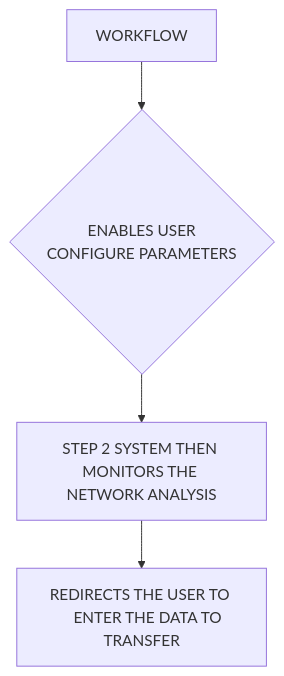
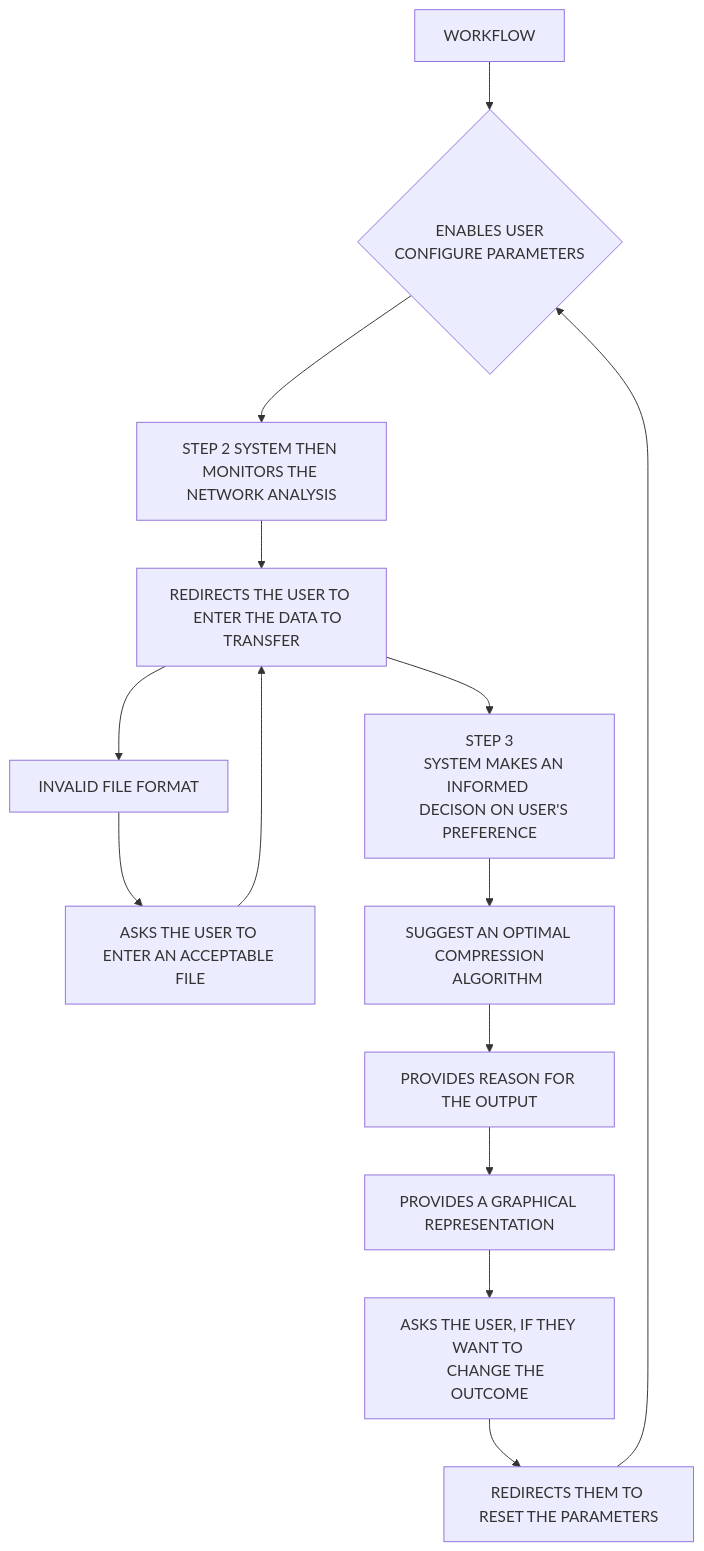
The diagram in MERMAID FLOW.md (ammoGDevs/ammoG_Devs), drawn with Mermaid before and after one commit. The commit also changed other lines of this file, not shown here.

Commit message:
Update MERMAID FLOW.md

````diff
--- a/MERMAID FLOW.md
+++ b/MERMAID FLOW.md
@@ -1,11 +3,23 @@
 ```mermaid
-  
-graph TD
+flowchart TD
     A[WORKFLOW];
     A-->B{ENABLES USER 
     CONFIGURE PARAMETERS};
     B-->M[STEP 2 SYSTEM THEN MONITORS THE NETWORK ANALYSIS];
     M-->C[REDIRECTS THE USER TO 
     ENTER THE DATA TO TRANSFER];
-  
+    C-->E[INVALID FILE FORMAT];
+    E-->F[ASKS THE USER TO ENTER AN ACCEPTABLE FILE];
+    F-->C;
+   C-->G[STEP 3
+   SYSTEM MAKES AN INFORMED 
+   DECISON ON USER'S PREFERENCE];
+   G-->H[SUGGEST AN OPTIMAL COMPRESSION
+    ALGORITHM];
+    H-->I[PROVIDES REASON FOR THE OUTPUT];
+    I-->J[PROVIDES A GRAPHICAL REPRESENTATION];
+    J-->K[ASKS THE USER, IF THEY WANT TO 
+    CHANGE THE OUTCOME];
+    K-->L[REDIRECTS THEM TO RESET THE PARAMETERS];
+    L-->B;
 ```
````
